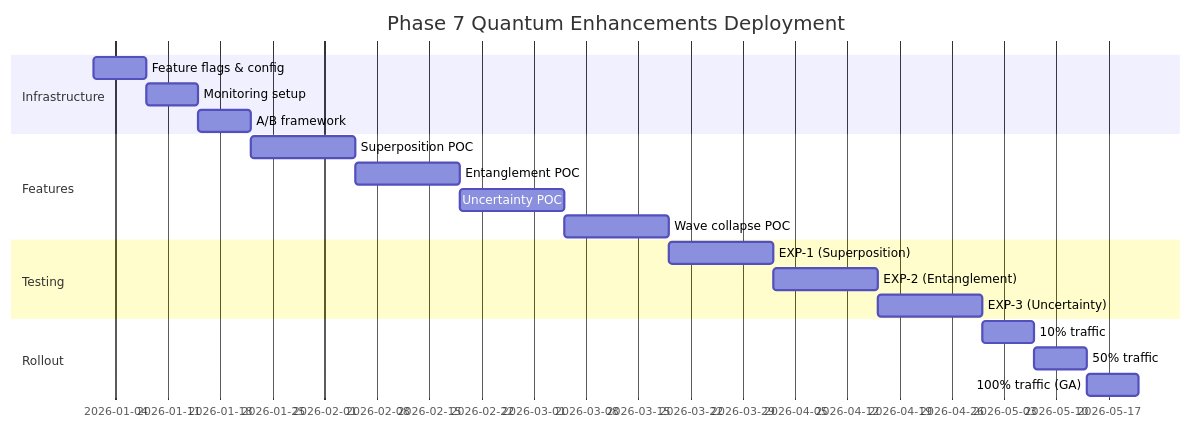
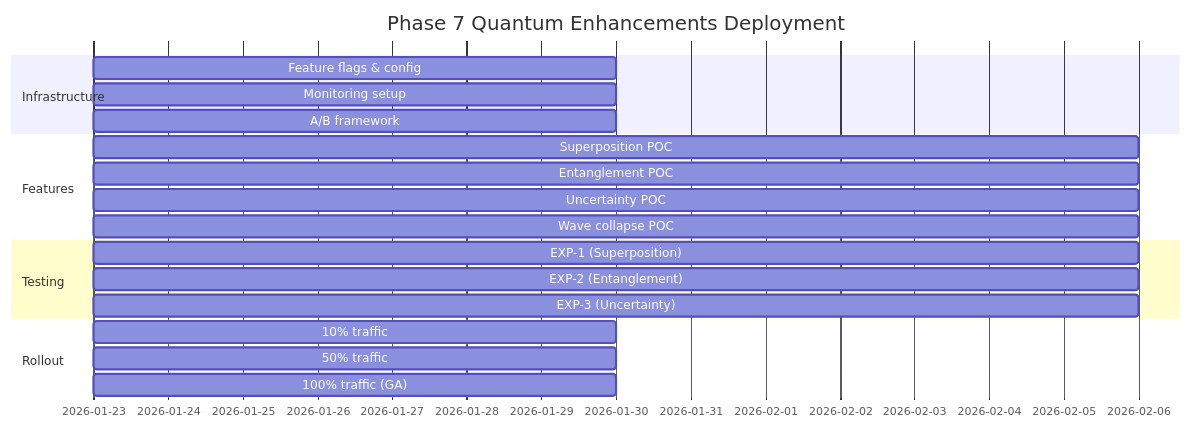
Before and after one commit to Aries-Serpent/_codex_: the second of 3 diagrams in .github/agents/PHASE_7_QUANTUM_ENHANCEMENTS.md, drawn with Mermaid. The commit also changed other lines of this file and 224 other files, not shown here.

````diff
--- a/.github/agents/PHASE_7_QUANTUM_ENHANCEMENTS.md
+++ b/.github/agents/PHASE_7_QUANTUM_ENHANCEMENTS.md
@@ -1405,25 +1405,25 @@
 ```mermaid
 gantt
     title Phase 7 Quantum Enhancements Deployment
     dateFormat YYYY-MM-DD
     section Infrastructure
-    Feature flags & config       :2026-01-01, 7d
-    Monitoring setup             :2026-01-08, 7d
-    A/B framework                :2026-01-15, 7d
+    Feature flags & config       :2026-01-23, 7d
+    Monitoring setup             :2026-01-23, 7d
+    A/B framework                :2026-01-23, 7d
     
     section Features
-    Superposition POC            :2026-01-22, 14d
-    Entanglement POC             :2026-02-05, 14d
-    Uncertainty POC              :2026-02-19, 14d
-    Wave collapse POC            :2026-03-05, 14d
+    Superposition POC            :2026-01-23, 14d
+    Entanglement POC             :2026-01-23, 14d
+    Uncertainty POC              :2026-01-23, 14d
+    Wave collapse POC            :2026-01-23, 14d
     
     section Testing
-    EXP-1 (Superposition)        :2026-03-19, 14d
-    EXP-2 (Entanglement)         :2026-04-02, 14d
-    EXP-3 (Uncertainty)          :2026-04-16, 14d
+    EXP-1 (Superposition)        :2026-01-23, 14d
+    EXP-2 (Entanglement)         :2026-01-23, 14d
+    EXP-3 (Uncertainty)          :2026-01-23, 14d
     
     section Rollout
-    10% traffic                  :2026-04-30, 7d
-    50% traffic                  :2026-05-07, 7d
-    100% traffic (GA)            :2026-05-14, 7d
+    10% traffic                  :2026-01-23, 7d
+    50% traffic                  :2026-01-23, 7d
+    100% traffic (GA)            :2026-01-23, 7d
 ```
````
